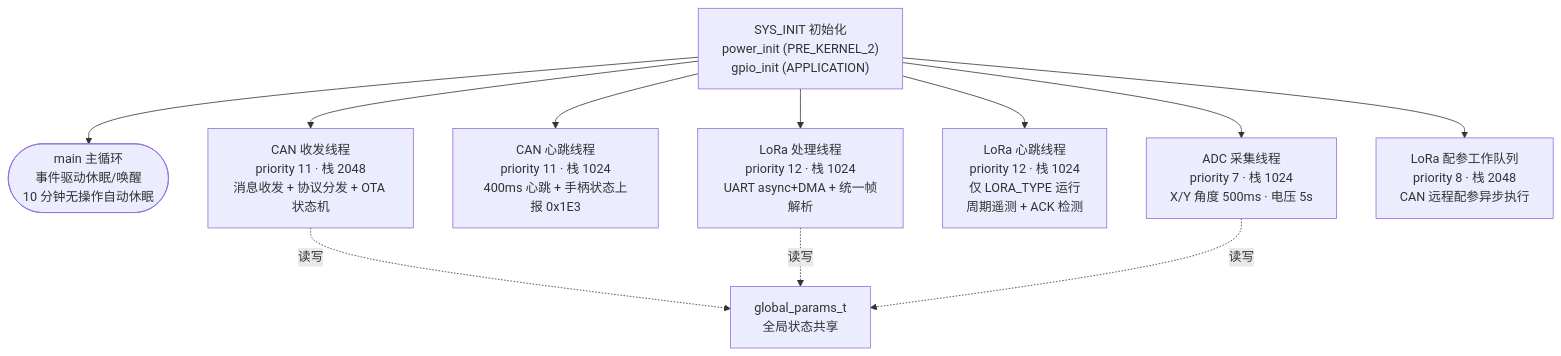
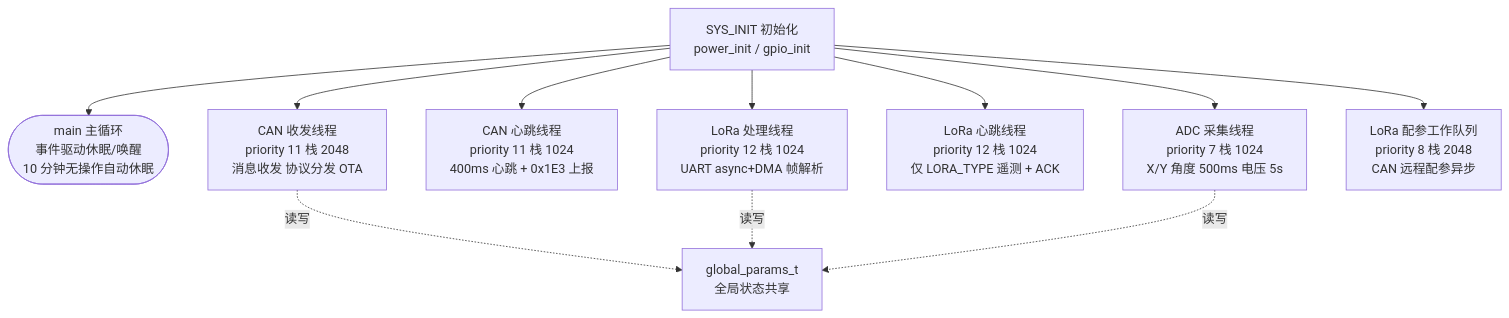
One commit to kabirz/zephyr_app changed the first of 6 diagrams in docs/architecture.md. Above: the diagram before and after it, drawn with Mermaid. The commit also changed other lines of this file and 4 other files, not shown here.

First line of the commit message:
docs: fix mermaid rendering by localizing mermaid.js

````diff
--- a/docs/architecture.md
+++ b/docs/architecture.md
@@ -11,27 +11,27 @@
 ```mermaid
 flowchart TD
-    SYS["SYS_INIT 初始化<br/>power_init (PRE_KERNEL_2)<br/>gpio_init (APPLICATION)"]
+    SYS["SYS_INIT 初始化<br/>power_init / gpio_init"]
     MAIN(["main 主循环<br/>事件驱动休眠/唤醒<br/>10 分钟无操作自动休眠"])
 
-    CAN["CAN 收发线程<br/>priority 11 · 栈 2048<br/>消息收发 + 协议分发 + OTA 状态机"]
-    HEART["CAN 心跳线程<br/>priority 11 · 栈 1024<br/>400ms 心跳 + 手柄状态上报 0x1E3"]
+    CAN["CAN 收发线程<br/>priority 11 栈 2048<br/>消息收发 协议分发 OTA"]
+    HEART["CAN 心跳线程<br/>priority 11 栈 1024<br/>400ms 心跳 + 0x1E3 上报"]
 
-    LORA["LoRa 处理线程<br/>priority 12 · 栈 1024<br/>UART async+DMA + 统一帧解析"]
-    LHEART["LoRa 心跳线程<br/>priority 12 · 栈 1024<br/>仅 LORA_TYPE 运行<br/>周期遥测 + ACK 检测"]
+    LORA["LoRa 处理线程<br/>priority 12 栈 1024<br/>UART async+DMA 帧解析"]
+    LHEART["LoRa 心跳线程<br/>priority 12 栈 1024<br/>仅 LORA_TYPE 遥测 + ACK"]
 
-    ADC["ADC 采集线程<br/>priority 7 · 栈 1024<br/>X/Y 角度 500ms · 电压 5s"]
-    CFG["LoRa 配参工作队列<br/>priority 8 · 栈 2048<br/>CAN 远程配参异步执行"]
+    ADC["ADC 采集线程<br/>priority 7 栈 1024<br/>X/Y 角度 500ms 电压 5s"]
+    CFG["LoRa 配参工作队列<br/>priority 8 栈 2048<br/>CAN 远程配参异步"]
 
     SYS --> MAIN
     SYS --> CAN
     SYS --> HEART
     SYS --> LORA
     SYS --> LHEART
     SYS --> ADC
     SYS --> CFG
 
     GP["global_params_t<br/>全局状态共享"]
-    CAN -.读写.-> GP
-    LORA -.读写.-> GP
-    ADC -.读写.-> GP
+    CAN -. 读写 .-> GP
+    LORA -. 读写 .-> GP
+    ADC -. 读写 .-> GP
 ```
````
